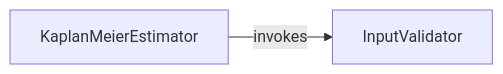
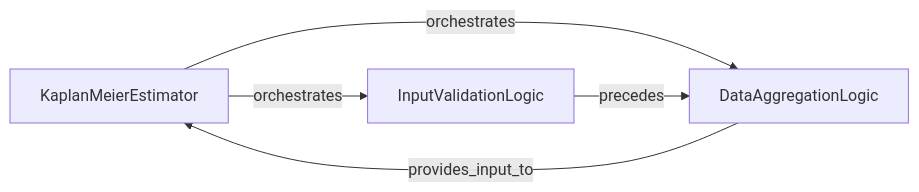
Before and after one commit to CodeBoarding/GeneratedOnBoardings: the diagram in torchsurv/KaplanMeierEstimator.md, drawn with Mermaid. The commit also changed other lines of this file and 39 other files, not shown here.

````diff
--- a/torchsurv/KaplanMeierEstimator.md
+++ b/torchsurv/KaplanMeierEstimator.md
@@ -1,8 +1,11 @@
 ```mermaid
 graph LR
     KaplanMeierEstimator["KaplanMeierEstimator"]
-    InputValidator["InputValidator"]
-    KaplanMeierEstimator -- "invokes" --> InputValidator
+    InputValidationLogic["InputValidationLogic"]
+    DataAggregationLogic["DataAggregationLogic"]
+    KaplanMeierEstimator -- "orchestrates" --> InputValidationLogic
+    KaplanMeierEstimator -- "orchestrates" --> DataAggregationLogic
+    InputValidationLogic -- "precedes" --> DataAggregationLogic
+    DataAggregationLogic -- "provides_input_to" --> KaplanMeierEstimator
     click KaplanMeierEstimator href "https://github.com/CodeBoarding/GeneratedOnBoardings/blob/main/torchsurv/KaplanMeierEstimator.md" "Details"
-    click InputValidator href "https://github.com/CodeBoarding/GeneratedOnBoardings/blob/main/torchsurv/InputValidator.md" "Details"
 ```
````
